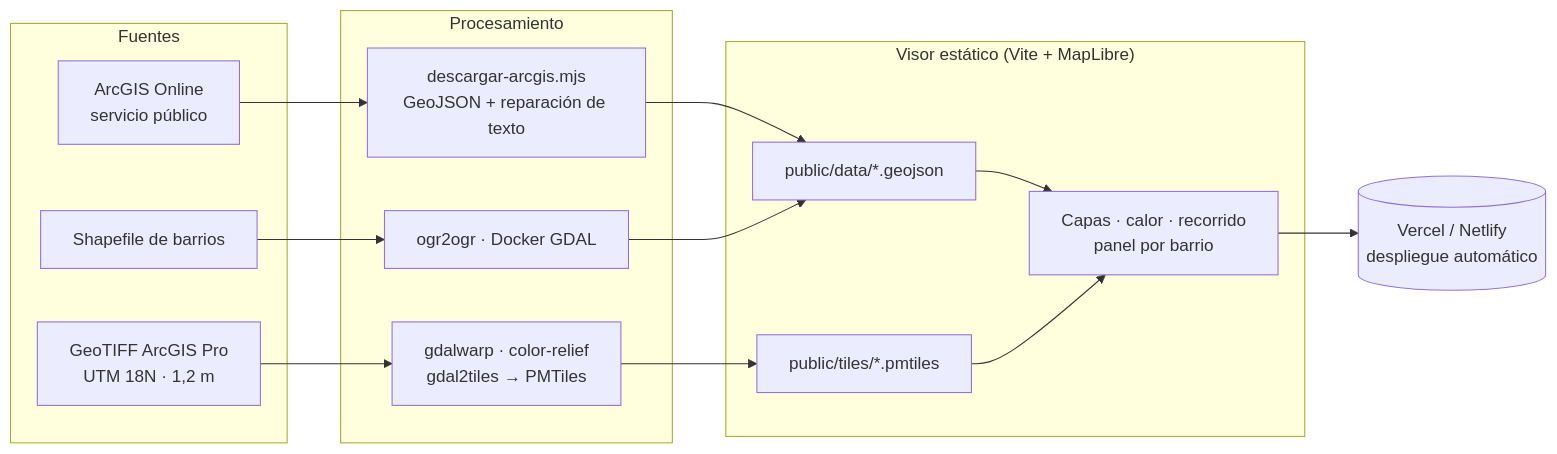
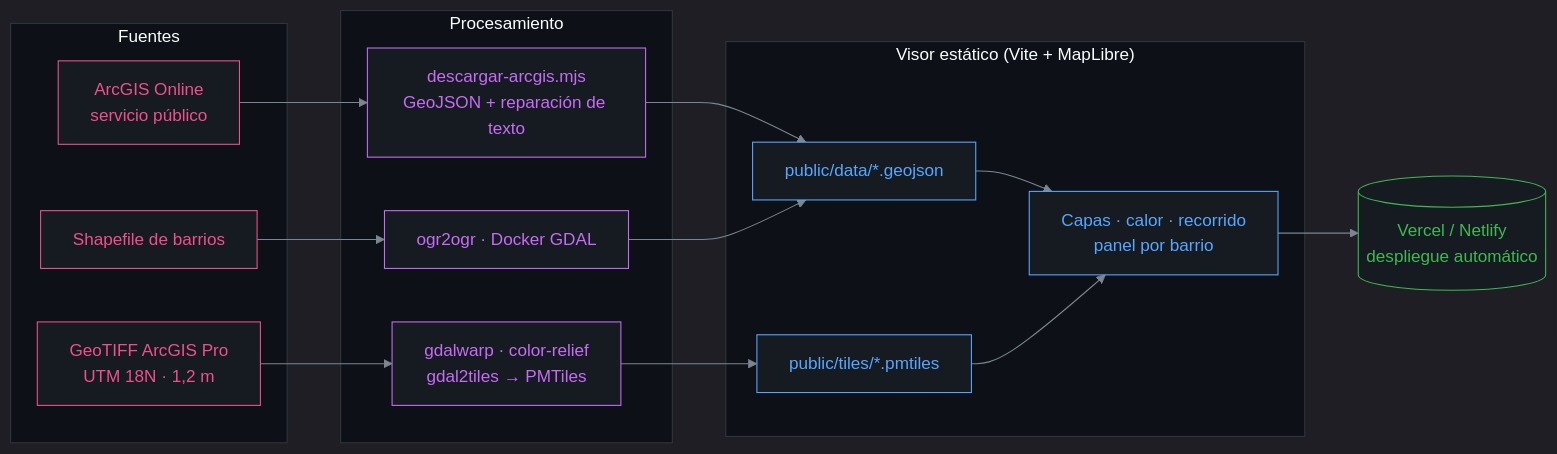
One commit to Aikenort26/geovisor-asbesto changed the diagram in README.md. Above: the diagram before and after it, drawn with Mermaid. The commit also changed other lines of this file and 3 other files, not shown here.

````diff
--- a/README.md
+++ b/README.md
@@ -92,24 +86,33 @@
 ```mermaid
+%%{init: {"theme": "dark", "themeVariables": {"background": "#0d1117", "primaryColor": "#161b22", "primaryBorderColor": "#30363d", "primaryTextColor": "#e6edf3", "lineColor": "#7d8590", "clusterBkg": "#0d1117", "clusterBorder": "#30363d", "fontFamily": "Segoe UI, Helvetica, Arial, sans-serif"}}}%%
 flowchart LR
     subgraph Fuentes
         A1[ArcGIS Online<br/>servicio público]
         A2[Shapefile de barrios]
         A3[GeoTIFF ArcGIS Pro<br/>UTM 18N · 1,2 m]
     end
     subgraph Procesamiento
         B1[descargar-arcgis.mjs<br/>GeoJSON + reparación de texto]
         B2[ogr2ogr · Docker GDAL]
         B3[gdalwarp · color-relief<br/>gdal2tiles → PMTiles]
     end
     subgraph Visor["Visor estático (Vite + MapLibre)"]
         C1[public/data/*.geojson]
         C2[public/tiles/*.pmtiles]
         C3[Capas · calor · recorrido<br/>panel por barrio]
     end
     A1 --> B1 --> C1
     A2 --> B2 --> C1
     A3 --> B3 --> C2
     C1 --> C3
     C2 --> C3
     C3 --> D[(Vercel / Netlify<br/>despliegue automático)]
+    classDef fuente fill:#161b22,stroke:#f0508c,color:#f0508c
+    classDef proceso fill:#161b22,stroke:#c66cf5,color:#c66cf5
+    classDef visor fill:#161b22,stroke:#58a6ff,color:#58a6ff
+    classDef salida fill:#161b22,stroke:#3fb950,color:#3fb950
+    class A1,A2,A3 fuente
+    class B1,B2,B3 proceso
+    class C1,C2,C3 visor
+    class D salida
 ```
````
